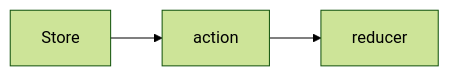
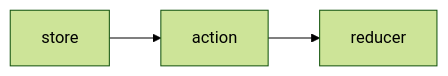
The diagram in React/README.md (agsamdev/FCC-FrontEndDev-Libraries), drawn with Mermaid (forest theme) before and after one commit.

````diff
--- a/React/README.md
+++ b/React/README.md
@@ -1,9 +1,9 @@
 ```mermaid
 %%{init: {"flowchart": {"htmlLabels": false}} }%%
 flowchart LR
-    first["`Store`"]
+    first["`store`"]
     second["`action`"]
     third["`reducer`"]
     first --> second --> third
 
 ```
````
